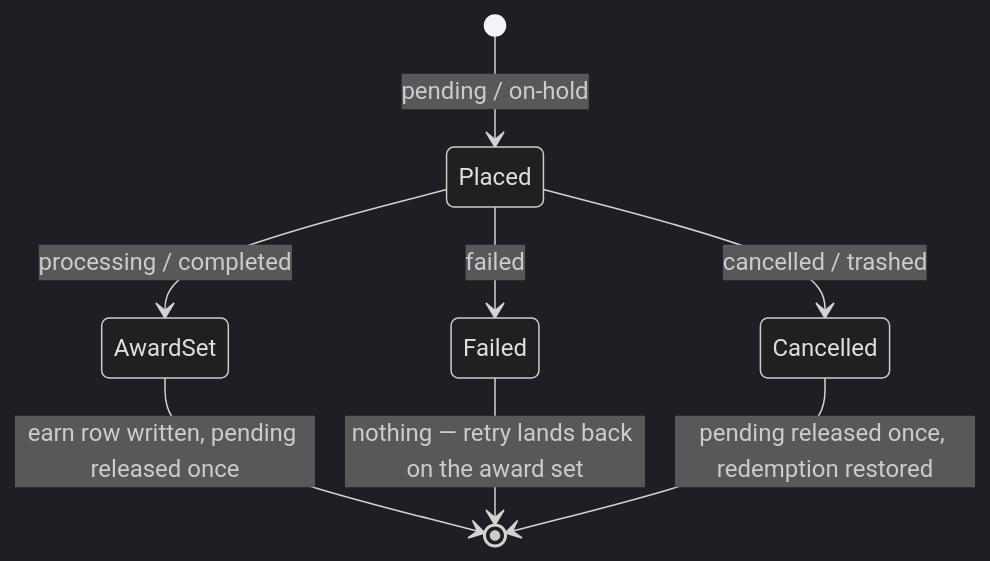
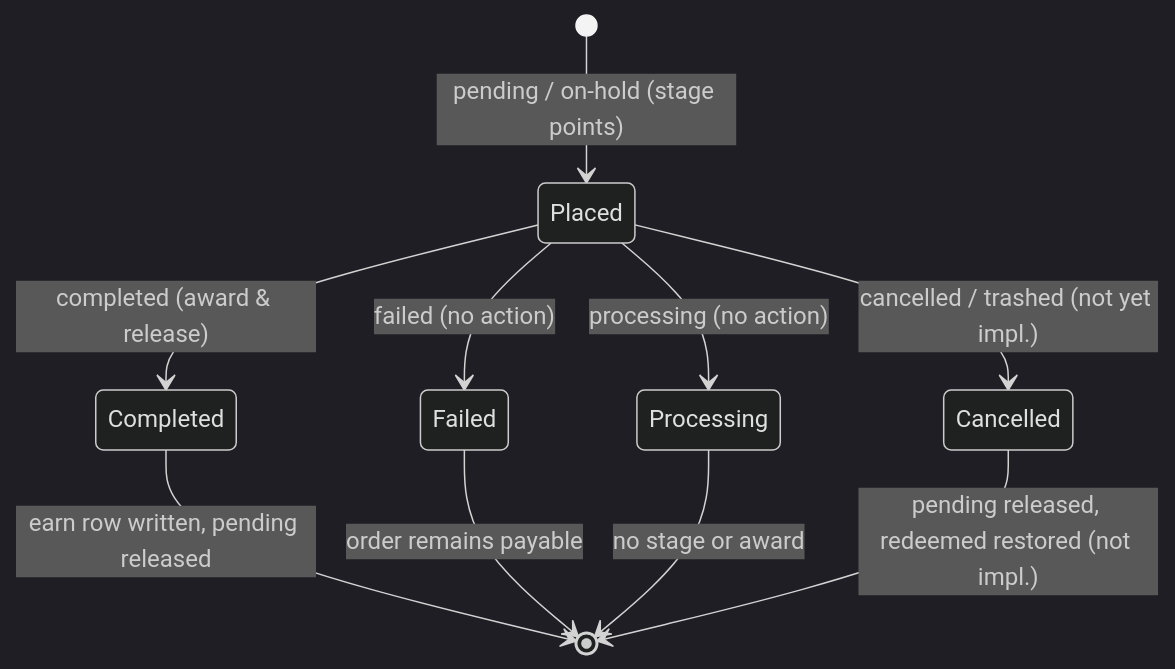
The second of 2 diagrams in docs/data-model/points-lifecycle.md (YayCommerce/YayLoyalty), drawn with Mermaid (dark theme) before and after one commit. The commit also changed other lines of this file and 26 other files, not shown here.

````diff
--- a/docs/data-model/points-lifecycle.md
+++ b/docs/data-model/points-lifecycle.md
@@ -165,11 +168,13 @@
 ```mermaid
 stateDiagram-v2
-    [*] --> Placed: pending / on-hold
-    Placed --> AwardSet: processing / completed
-    Placed --> Failed: failed
-    Placed --> Cancelled: cancelled / trashed
+    [*] --> Placed: pending / on-hold (stage points)
+    Placed --> Completed: completed (award & release)
+    Placed --> Failed: failed (no action)
+    Placed --> Processing: processing (no action)
+    Placed --> Cancelled: cancelled / trashed (not yet impl.)
 
-    AwardSet --> [*]: earn row written, pending released once
-    Failed --> [*]: nothing — retry lands back on the award set
-    Cancelled --> [*]: pending released once, redemption restored
+    Completed --> [*]: earn row written, pending released
+    Failed --> [*]: order remains payable
+    Processing --> [*]: no stage or award
+    Cancelled --> [*]: pending released, redeemed restored (not impl.)
 ```
````
